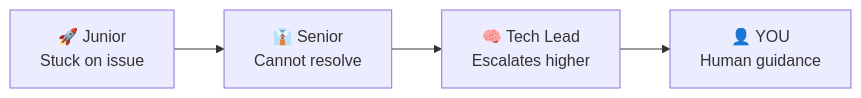
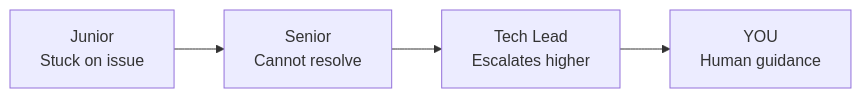
One commit to nikrich/hungry-ghost-hive changed the fourth of 4 diagrams in README.md. Above: the diagram before and after it, drawn with Mermaid. The commit also changed other lines of this file, not shown here.

````diff
--- a/README.md
+++ b/README.md
@@ -433,6 +603,6 @@
 ```mermaid
 graph LR
-    A["🚀 Junior<br/>Stuck on issue"] --> B["👔 Senior<br/>Cannot resolve"]
-    B --> C["🧠 Tech Lead<br/>Escalates higher"]
-    C --> D["👤 YOU<br/>Human guidance"]
+    A["Junior<br/>Stuck on issue"] --> B["Senior<br/>Cannot resolve"]
+    B --> C["Tech Lead<br/>Escalates higher"]
+    C --> D["YOU<br/>Human guidance"]
 ```
````
